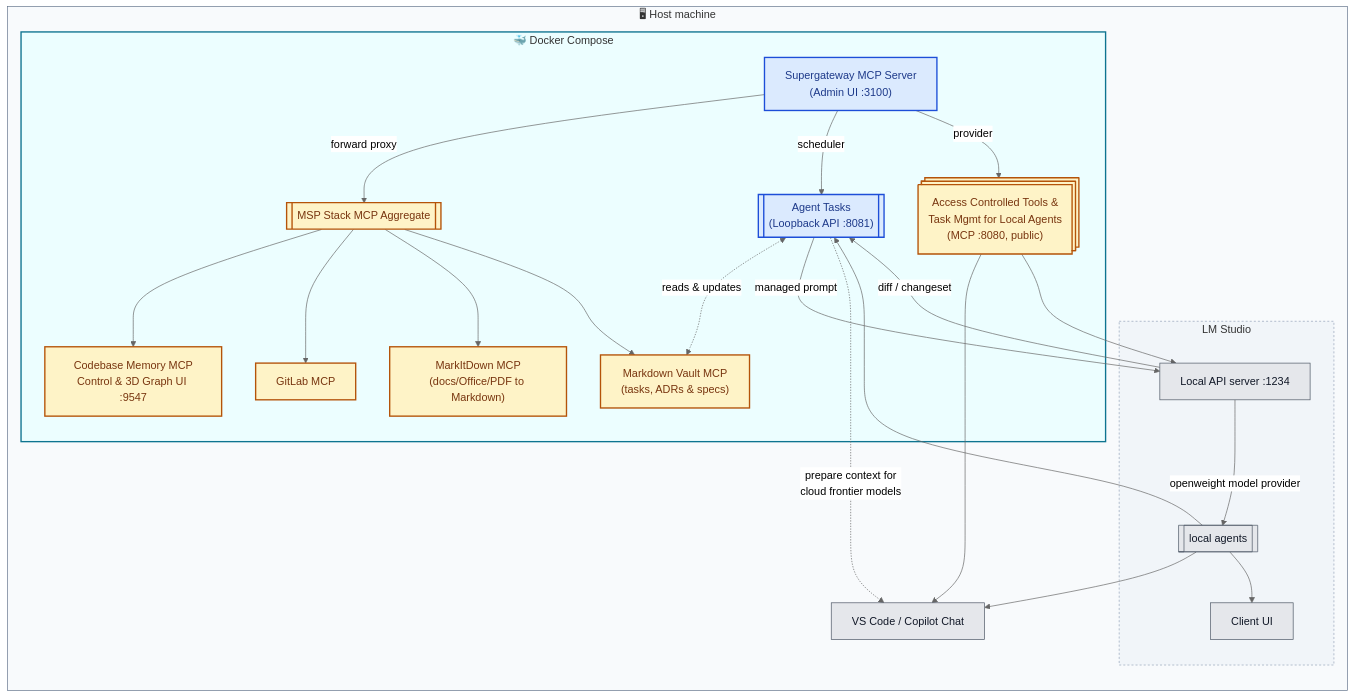
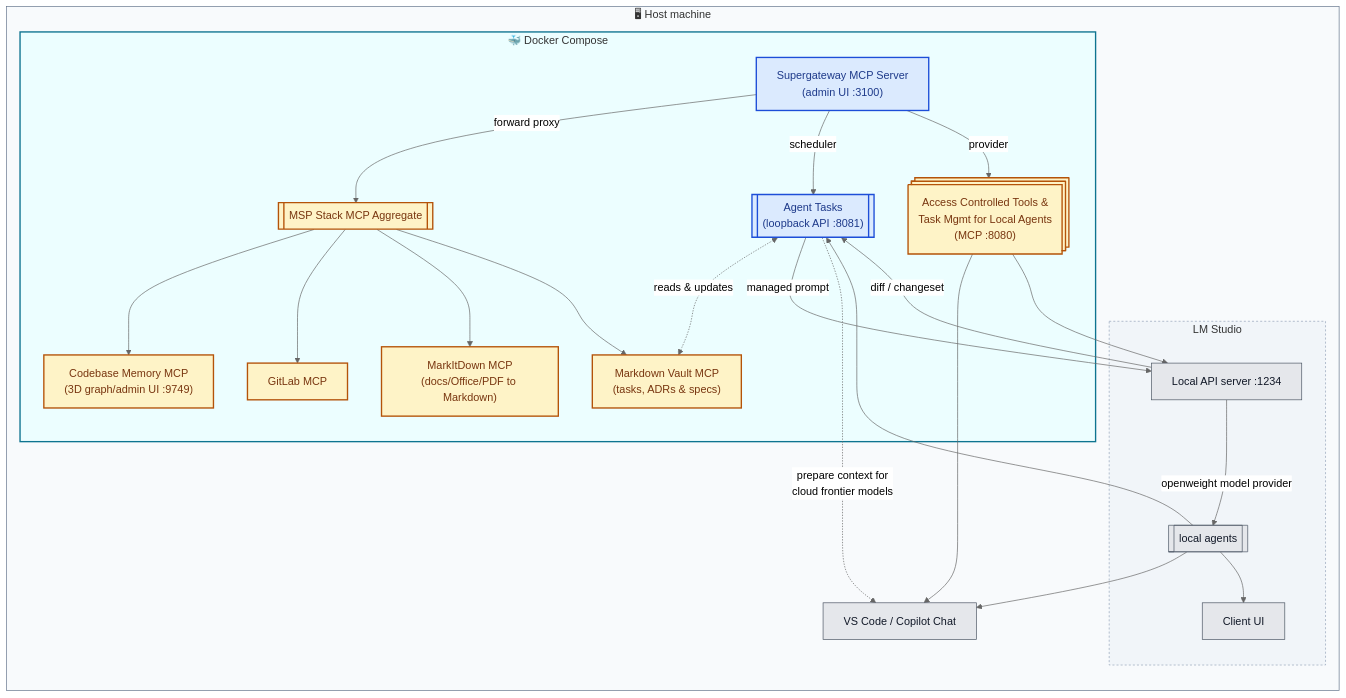
One commit to Flexi23/vscode-mcp-supergateway changed the diagram in README.md. Above: the diagram before and after it, drawn with Mermaid (neutral theme).

Commit message:
docs: tidy diagram port labels for admin/loopback/graph UI

````diff
--- a/README.md
+++ b/README.md
@@ -21,70 +21,70 @@
 ```mermaid
 graph LR
     subgraph Host["🖥 Host machine"]
         Copilot["VS Code / Copilot Chat"]
 
         subgraph LMStudio["LM Studio"]
           LMStudioServer["Local API server :1234"]
           LMStudioUI["Client UI"]
           LocalAgents@{ shape: subproc, label: "local agents" }
         end
 
         subgraph Docker["🐳 Docker Compose"]
-            Supergateway["Supergateway MCP Server<br/>(Admin UI :3100)"]
+            Supergateway["Supergateway MCP Server<br/>(admin UI :3100)"]
 
-            Loopback@{ shape: subproc, label: "Agent Tasks<br/>(Loopback API :8081)" }
+            Loopback@{ shape: subproc, label: "Agent Tasks<br/>(loopback API :8081)" }
             Proxy@{ shape: subproc, label: "MSP Stack MCP Aggregate" }
-            MCP@{ shape: processes, label: "Access Controlled Tools &<br/> Task Mgmt for Local Agents<br/>(MCP :8080, public)" }
+            MCP@{ shape: processes, label: "Access Controlled Tools &<br/> Task Mgmt for Local Agents<br/>(MCP :8080)" }
 
             MarkdownVault["Markdown Vault MCP<br/>(tasks, ADRs & specs)"]
-            CodebaseMemory["Codebase Memory MCP<br>Control & 3D Graph UI :9547"]
+            CodebaseMemory["Codebase Memory MCP<br>(3D graph/admin UI :9749)"]
             GitLab["GitLab MCP"]
             MarkItDown["MarkItDown MCP<br/>(docs/Office/PDF to Markdown)"]
         end
     end
 
     Supergateway --> |forward proxy| Proxy
     Supergateway --> |scheduler| Loopback
     Loopback <-. reads & updates .-> MarkdownVault
     Supergateway --> |provider|MCP
 
     MCP --> Copilot
     MCP --> LMStudioServer
 
     LMStudioServer --> |openweight model provider| LocalAgents
     LMStudioServer --> |diff / changeset| Loopback
     Loopback --> |managed prompt| LMStudioServer
     Loopback -. prepare context for<br/> cloud frontier models .-> Copilot
 
     LocalAgents --> Copilot
     LocalAgents --> Loopback
     LocalAgents --> LMStudioUI
 
     Proxy --> CodebaseMemory
     Proxy --> GitLab
     Proxy --> MarkItDown
     Proxy --> MarkdownVault
 
     click Supergateway "blob/main/src/gateway.ts" "Entry point: src/gateway.ts (main())"
     click Loopback "blob/main/src/server.ts" "Entry point: src/server.ts (startBackendServer)"
     click Proxy href "https://www.npmjs.com/package/@mspstack/mcp-gateway" "npm: @mspstack/mcp-gateway" _blank
     click MCP href "https://www.npmjs.com/package/@mspstack/mcp-gateway" "npm: @mspstack/mcp-gateway (RBAC & tool access)" _blank
     click MarkdownVault href "https://www.npmjs.com/package/@wirux/mcp-markdown-vault" "npm: @wirux/mcp-markdown-vault" _blank
     click CodebaseMemory href "https://www.npmjs.com/package/codebase-memory-mcp" "npm: codebase-memory-mcp" _blank
     click GitLab href "https://www.npmjs.com/package/@zereight/mcp-gitlab" "npm: @zereight/mcp-gitlab" _blank
     click MarkItDown href "https://pypi.org/project/markitdown-mcp/" "PyPI: markitdown-mcp" _blank
     click LMStudioServer href "https://lmstudio.ai/docs/app/api" "LM Studio local server docs" _blank
     click LMStudioUI href "https://lmstudio.ai/" "LM Studio" _blank
 
     classDef entryPoint fill:#dbeafe,stroke:#1d4ed8,stroke-width:2px,color:#1e3a8a;
     classDef thirdParty fill:#fef3c7,stroke:#b45309,stroke-width:2px,color:#78350f;
     classDef hostApp fill:#e5e7eb,stroke:#4b5563,stroke-width:1px,color:#111827;
 
     class Supergateway,Loopback entryPoint;
     class Proxy,MCP,MarkdownVault,CodebaseMemory,GitLab,MarkItDown thirdParty;
     class Copilot,LMStudioServer,LMStudioUI,LocalAgents hostApp;
 
     style Host fill:#f8fafc,stroke:#64748b,stroke-width:1px
     style LMStudio fill:#f1f5f9,stroke:#94a3b8,stroke-width:1px,stroke-dasharray: 3 3
     style Docker fill:#ecfeff,stroke:#0e7490,stroke-width:2px
 ```
````
